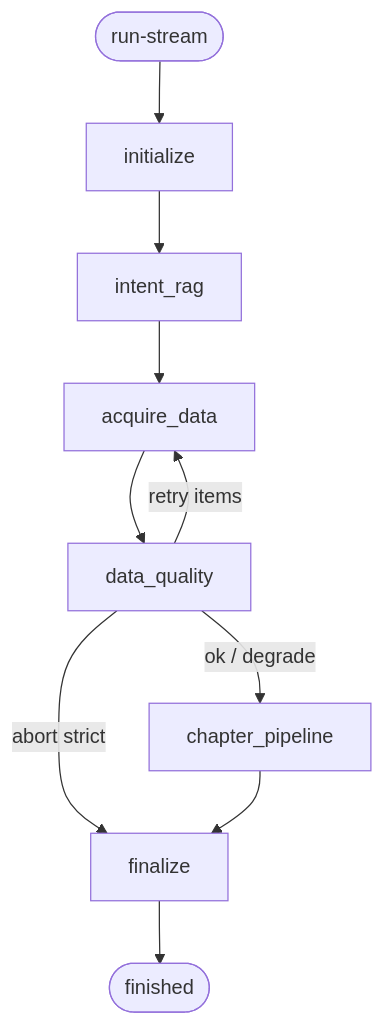
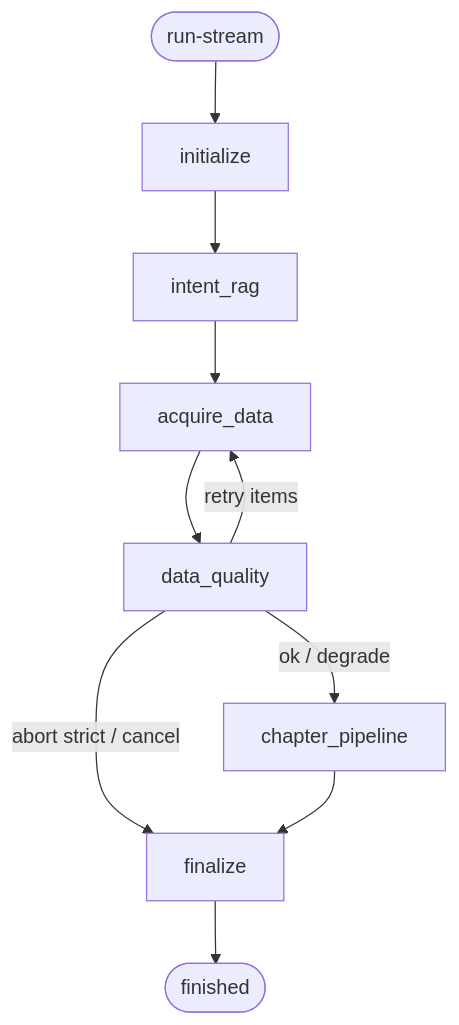
The second of 3 diagrams in enterprise-level_transformation_docs/综合分析智能体(analysis_agent)实现逻辑说明_v2.md (gaocf888/models_app_framework), drawn with Mermaid before and after one commit. The commit also changed other lines of this file and 71 other files, not shown here.

````diff
--- a/enterprise-level_transformation_docs/综合分析智能体(analysis_agent)实现逻辑说明_v2.md
+++ b/enterprise-level_transformation_docs/综合分析智能体(analysis_agent)实现逻辑说明_v2.md
@@ -95,12 +209,12 @@
 ```mermaid
 flowchart TB
   START([run-stream]) --> INIT[initialize]
   INIT --> IR[intent_rag]
   IR --> AD[acquire_data]
   AD --> DQ[data_quality]
   DQ -->|retry items| AD
-  DQ -->|abort strict| FIN[finalize]
+  DQ -->|abort strict / cancel| FIN[finalize]
   DQ -->|ok / degrade| CP[chapter_pipeline]
   CP --> FIN
   FIN --> END([finished])
 ```
````
